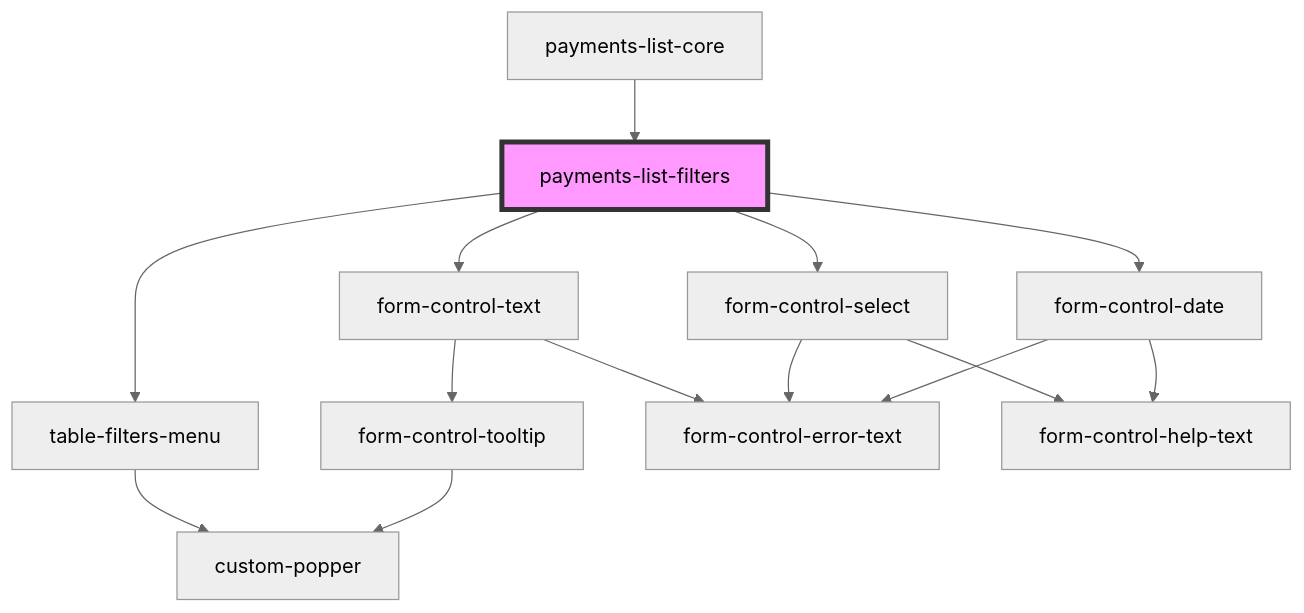
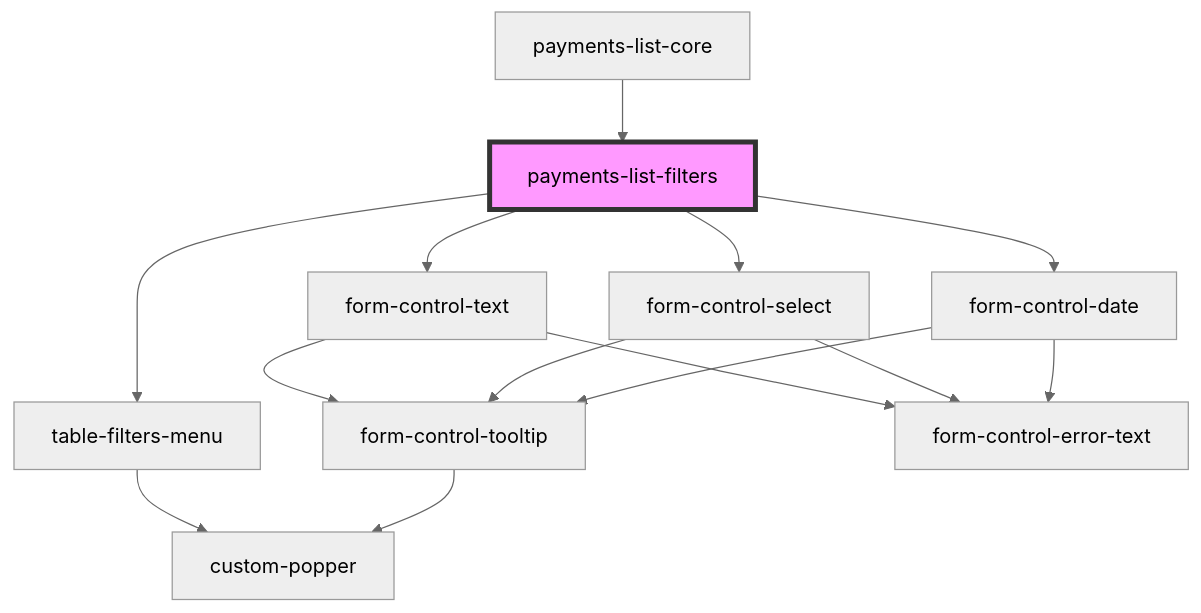
One commit to justifi-tech/web-component-library changed the diagram in packages/webcomponents/src/components/payments-list/readme.md. Above: the diagram before and after it, drawn with Mermaid (neutral theme). The commit also changed 15 other files, not shown here.

Commit message:
Remove semi-colon from tooltip text, update readme files

````diff
--- a/packages/webcomponents/src/components/payments-list/readme.md
+++ b/packages/webcomponents/src/components/payments-list/readme.md
@@ -31,17 +31,17 @@
 ```mermaid
 graph TD;
   payments-list-filters --> table-filters-menu
   payments-list-filters --> form-control-text
   payments-list-filters --> form-control-select
   payments-list-filters --> form-control-date
   table-filters-menu --> custom-popper
   form-control-text --> form-control-tooltip
   form-control-text --> form-control-error-text
   form-control-tooltip --> custom-popper
-  form-control-select --> form-control-help-text
+  form-control-select --> form-control-tooltip
   form-control-select --> form-control-error-text
-  form-control-date --> form-control-help-text
+  form-control-date --> form-control-tooltip
   form-control-date --> form-control-error-text
   payments-list-core --> payments-list-filters
   style payments-list-filters fill:#f9f,stroke:#333,stroke-width:4px
 ```
````
